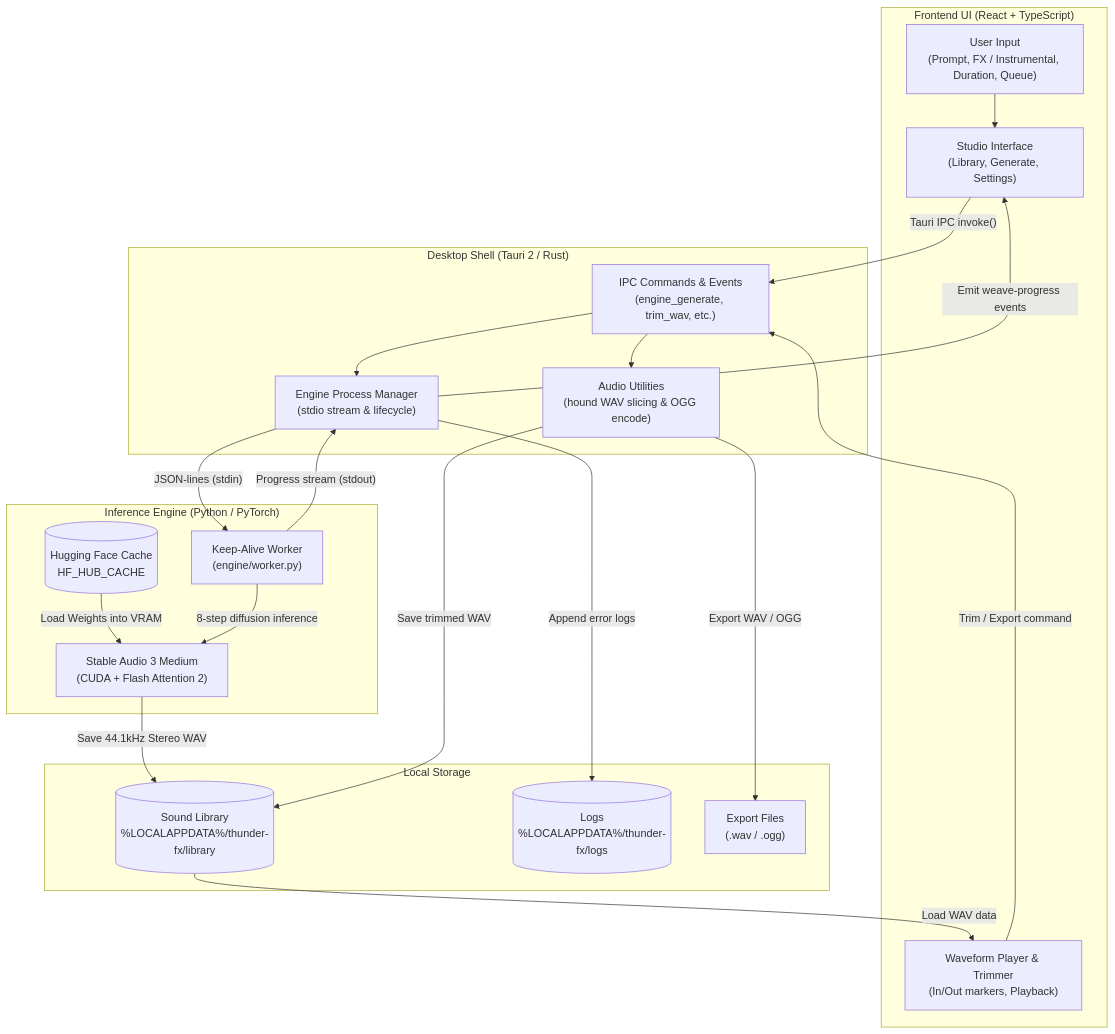
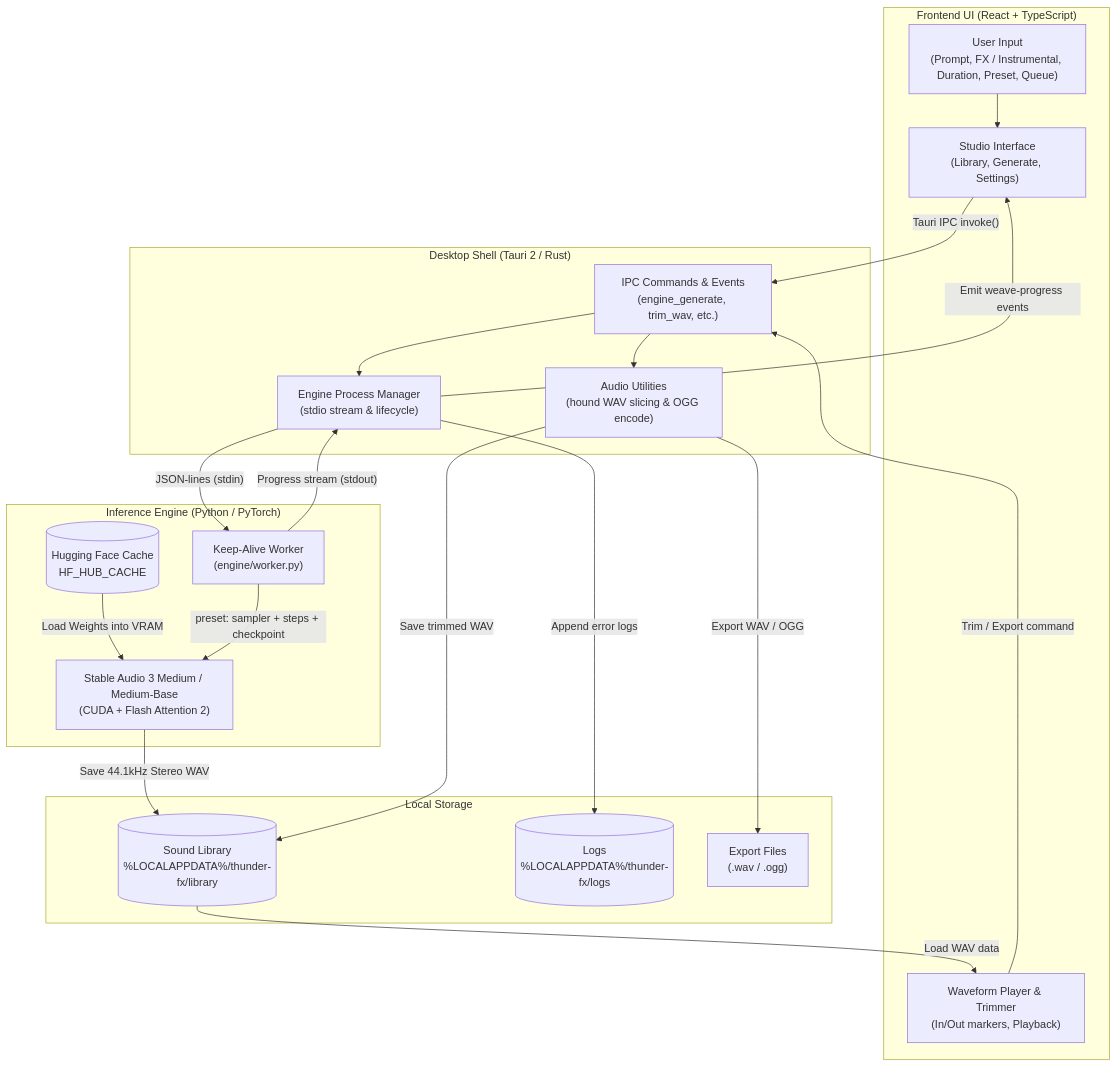
The diagram in README.md (Almantask/thunder-fx), drawn with Mermaid before and after one commit. The commit also changed other lines of this file and 257 other files, not shown here.

````diff
--- a/README.md
+++ b/README.md
@@ -152,47 +269,47 @@
 ```mermaid
 flowchart TD
     subgraph UI["Frontend UI (React + TypeScript)"]
-        A["User Input\n(Prompt, FX / Instrumental, Duration, Queue)"]
+        A["User Input\n(Prompt, FX / Instrumental, Duration, Preset, Queue)"]
         B["Studio Interface\n(Library, Generate, Settings)"]
         C["Waveform Player & Trimmer\n(In/Out markers, Playback)"]
     end
 
     subgraph Tauri["Desktop Shell (Tauri 2 / Rust)"]
         D["IPC Commands & Events\n(engine_generate, trim_wav, etc.)"]
         E["Engine Process Manager\n(stdio stream & lifecycle)"]
         F["Audio Utilities\n(hound WAV slicing & OGG encode)"]
     end
 
     subgraph Engine["Inference Engine (Python / PyTorch)"]
         G["Keep-Alive Worker\n(engine/worker.py)"]
-        H["Stable Audio 3 Medium\n(CUDA + Flash Attention 2)"]
+        H["Stable Audio 3 Medium / Medium-Base\n(CUDA + Flash Attention 2)"]
         I[("Hugging Face Cache\nHF_HUB_CACHE")]
     end
 
     subgraph Storage["Local Storage"]
         J[("Sound Library\n%LOCALAPPDATA%/thunder-fx/library")]
         K[("Logs\n%LOCALAPPDATA%/thunder-fx/logs")]
         L["Export Files\n(.wav / .ogg)"]
     end
 
     %% User Interaction & IPC Flow
     A --> B
     B -->|"Tauri IPC invoke()"| D
     D --> E
     E -->|"JSON-lines (stdin)"| G
 
     %% Model Inference
     I -->|"Load Weights into VRAM"| H
-    G -->|"8-step diffusion inference"| H
+    G -->|"preset: sampler + steps + checkpoint"| H
     H -->|"Save 44.1kHz Stereo WAV"| J
     G -->|"Progress stream (stdout)"| E
     E -->|"Emit weave-progress events"| B
 
     %% Audio Playback, Trimming, and Export
     J -->|"Load WAV data"| C
     C -->|"Trim / Export command"| D
     D --> F
     F -->|"Save trimmed WAV"| J
     F -->|"Export WAV / OGG"| L
     E -->|"Append error logs"| K
 ```
````
